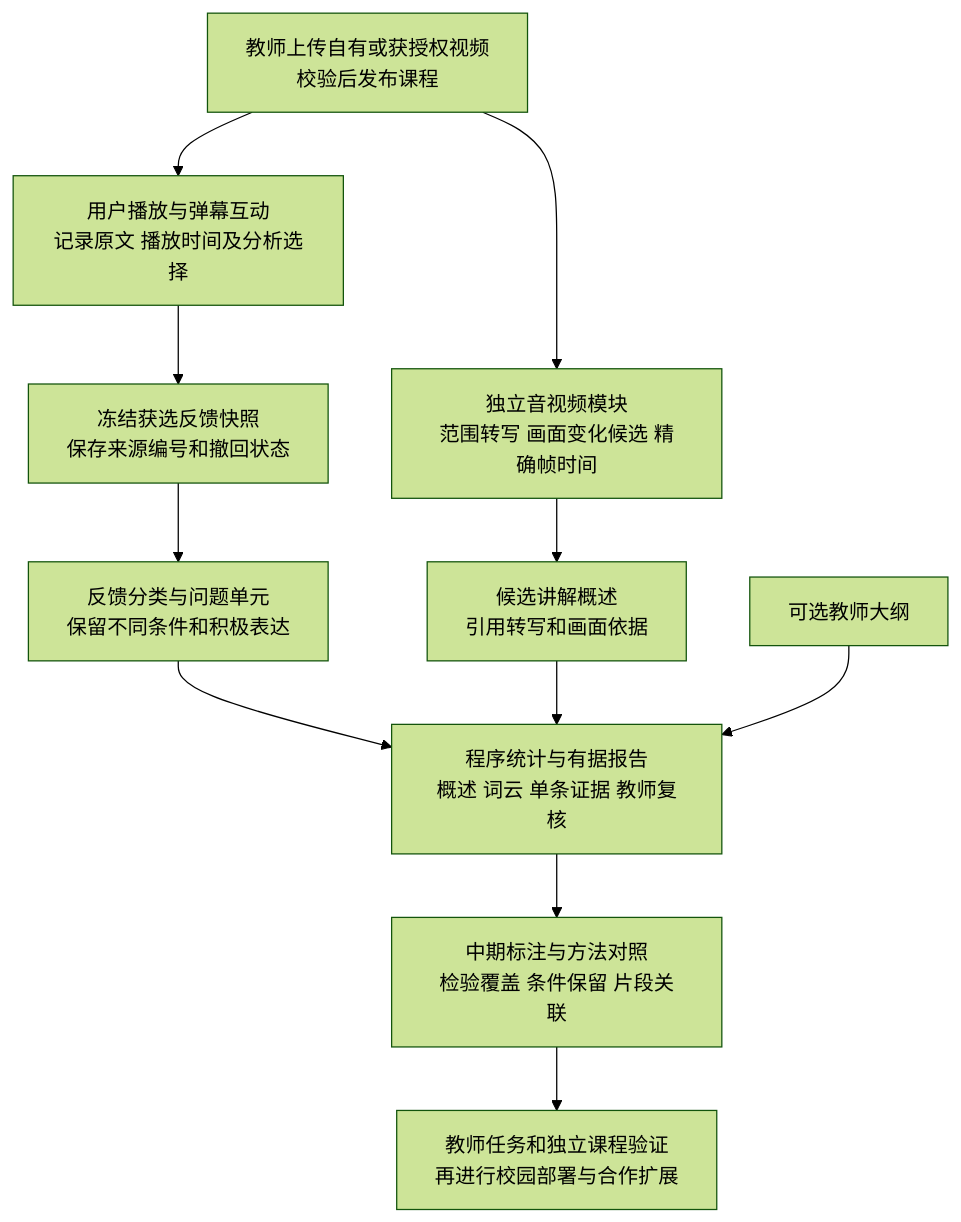
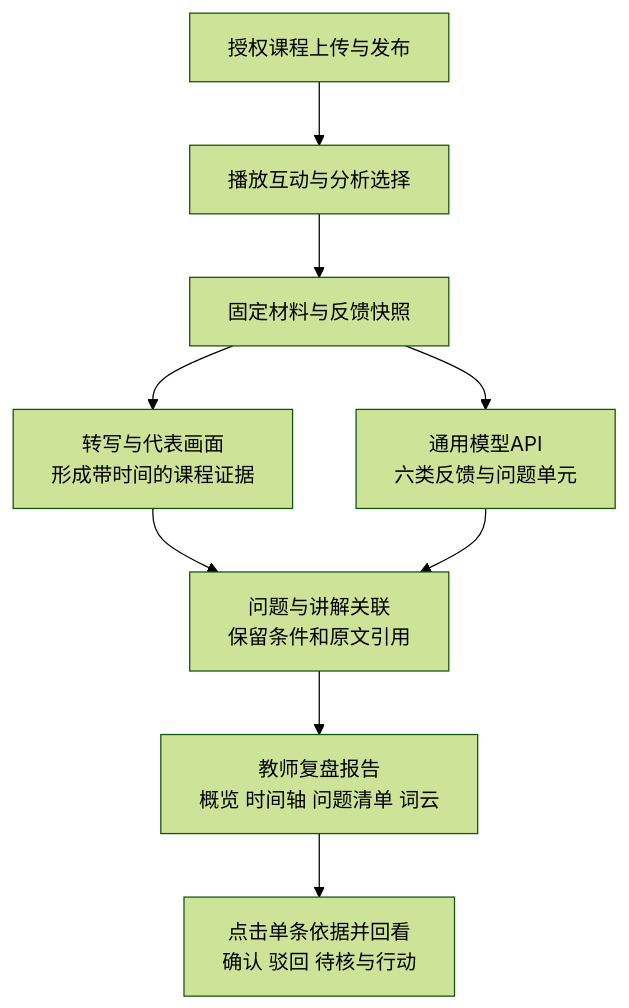
Before and after one commit to Hyhyhyyy/course-feedback: the diagram in project-materials/04_申报与答辩/申报支撑/研究技术路线.mmd, drawn with Mermaid (forest theme). The commit also changed 33 other files, not shown here.

```diff
--- a/project-materials/04_申报与答辩/申报支撑/研究技术路线.mmd
+++ b/project-materials/04_申报与答辩/申报支撑/研究技术路线.mmd
@@ -1,11 +1,14 @@
 flowchart TB
- A["教师上传自有或获授权视频<br/>校验后发布课程"] --> B["用户播放与弹幕互动<br/>记录原文 播放时间及分析选择"]
- B --> C["冻结获选反馈快照<br/>保存来源编号和撤回状态"]
- A --> D["独立音视频模块<br/>范围转写 画面变化候选 精确帧时间"]
- C --> E["反馈分类与问题单元<br/>保留不同条件和积极表达"]
- D --> F["候选讲解概述<br/>引用转写和画面依据"]
- E --> G["程序统计与有据报告<br/>概述 词云 单条证据 教师复核"]
- F --> G
- H["可选教师大纲"] --> G
- G --> I["中期标注与方法对照<br/>检验覆盖 条件保留 片段关联"]
- I --> J["教师任务和独立课程验证<br/>再进行校园部署与合作扩展"]
+ A[授权课程上传与发布] --> B[播放互动与分析选择]
+ B --> C[固定材料与反馈快照]
+ C --> D[转写与代表画面
+形成带时间的课程证据]
+ C --> E[通用模型API
+六类反馈与问题单元]
+ D --> F[问题与讲解关联
+保留条件和原文引用]
+ E --> F
+ F --> G[教师复盘报告
+概览 时间轴 问题清单 词云]
+ G --> H[点击单条依据并回看
+确认 驳回 待核与行动]
```
